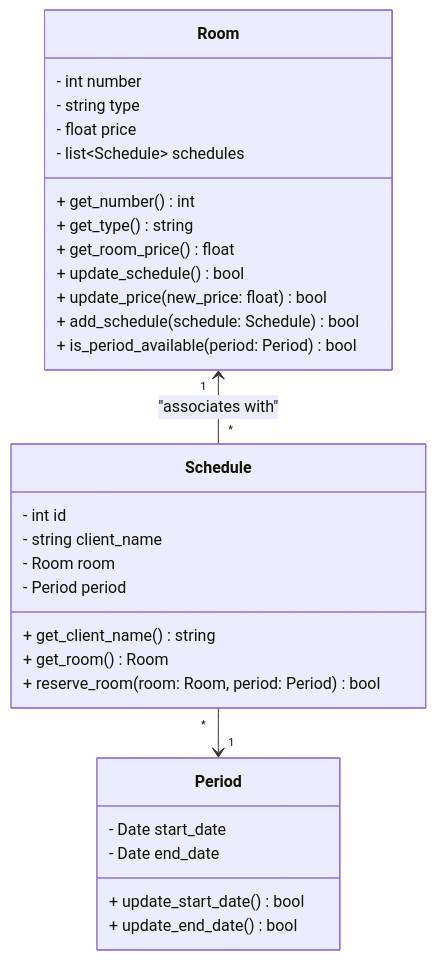
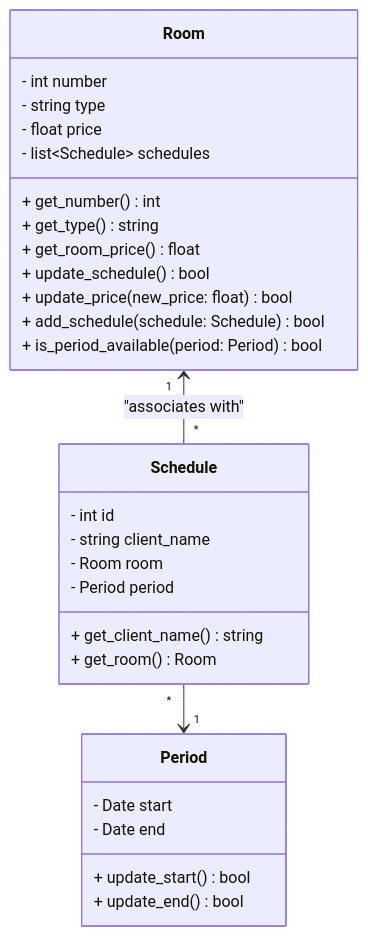
Before and after one commit to PedroLuisDionisioFraga/poetry-and-pytest-usage: the diagram in README.md, drawn with Mermaid.

Commit message:
📝 docs: Update Period class attributes and method names for consistency

````diff
--- a/README.md
+++ b/README.md
@@ -15,36 +15,35 @@
 ```mermaid
 classDiagram
     class Room {
         - int number
         - string type
         - float price
         - list~Schedule~ schedules
         + get_number() int
         + get_type() string
         + get_room_price() float
         + update_schedule() bool
         + update_price(new_price: float) bool
         + add_schedule(schedule: Schedule) bool
         + is_period_available(period: Period) bool
     }
 
     class Schedule {
         - int id
         - string client_name
         - Room room
         - Period period
         + get_client_name() string
         + get_room() Room
-        + reserve_room(room: Room, period: Period) bool
     }
 
     class Period {
-        - Date start_date
-        - Date end_date
-        + update_start_date() bool
-        + update_end_date() bool
+        - Date start
+        - Date end
+        + update_start() bool
+        + update_end() bool
     }
 
     Room "1" <-- "*" Schedule : "associates with"
     Schedule "*" --> "1" Period
 ```
````
